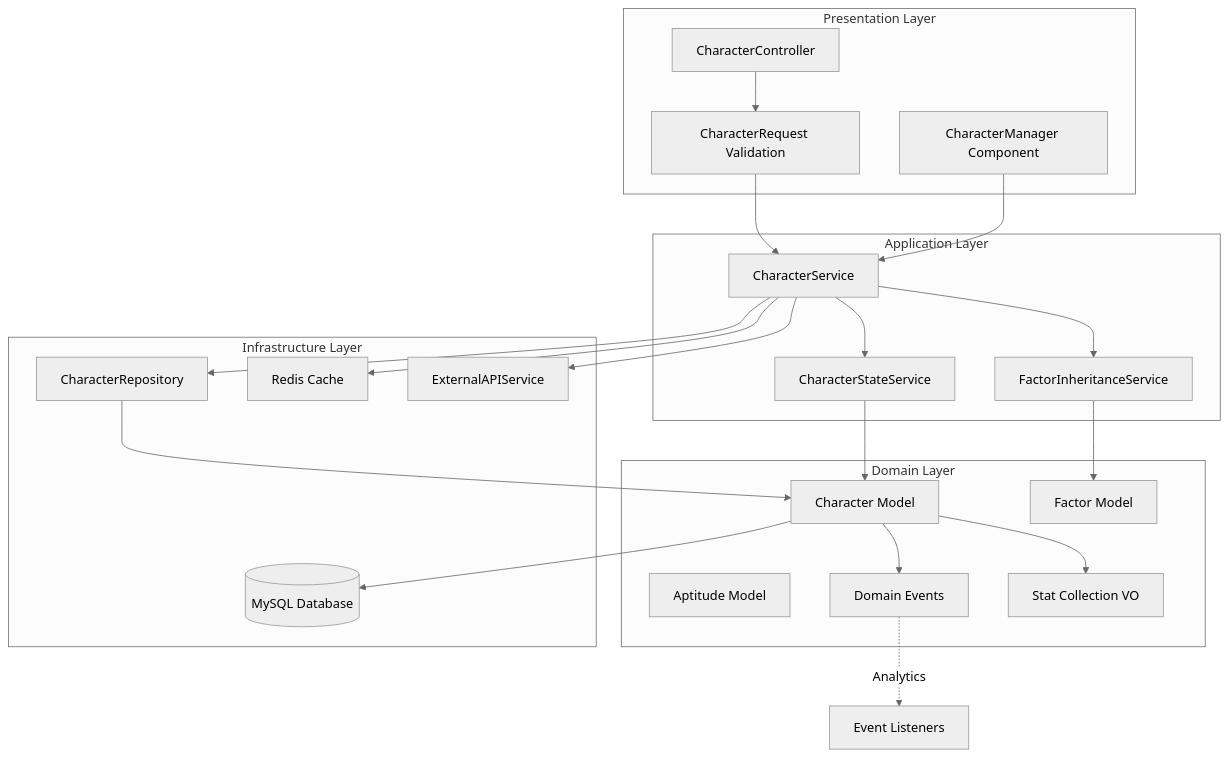
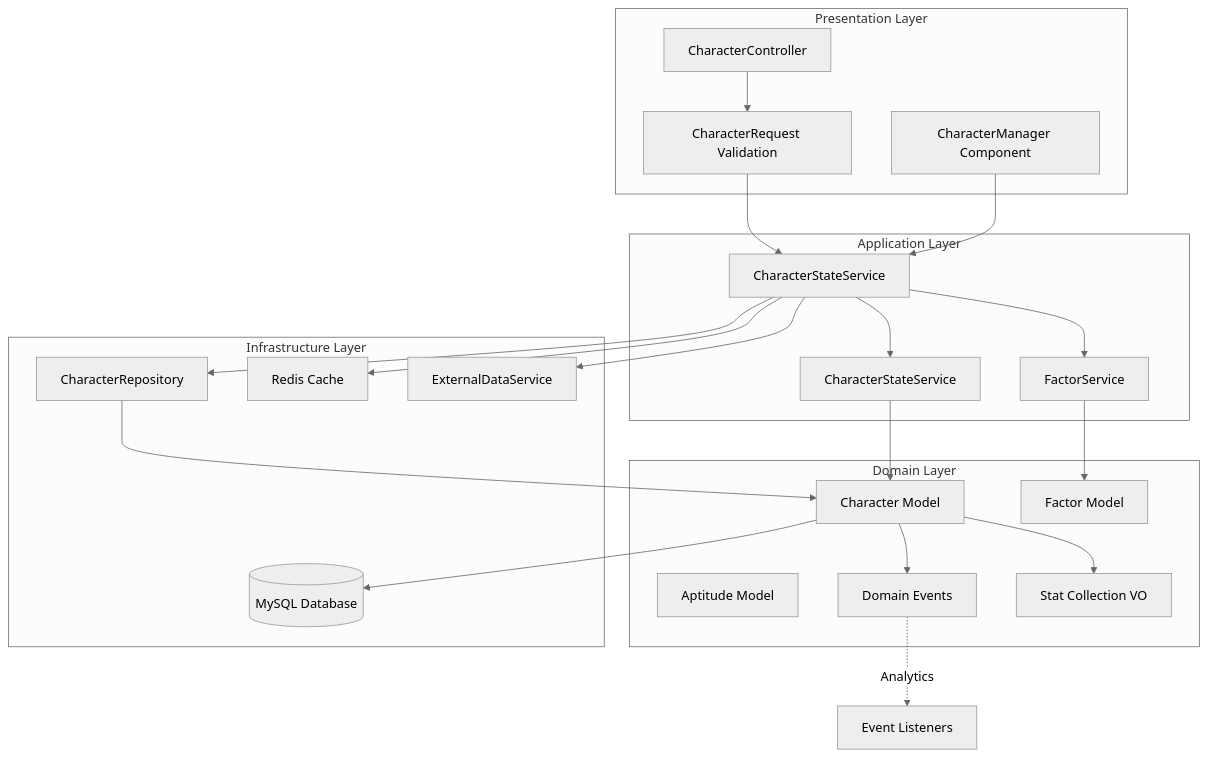
Before and after one commit to exatfrds67/umamusume-career-planner: the diagram in docs/02-specs/SPEC-001_Character_Management_Technical.md, drawn with Mermaid (neutral theme). The commit also changed other lines of this file and 111 other files, not shown here.

````diff
--- a/docs/02-specs/SPEC-001_Character_Management_Technical.md
+++ b/docs/02-specs/SPEC-001_Character_Management_Technical.md
@@ -122,50 +122,50 @@
 ```mermaid
 graph TB
     subgraph "Presentation Layer"
         API[CharacterController]
         Livewire[CharacterManager Component]
         FormRequest[CharacterRequest Validation]
     end
 
     subgraph "Application Layer"
-        CharService[CharacterService]
+        CharService[CharacterStateService]
         StateService[CharacterStateService]
-        FactorService[FactorInheritanceService]
+        FactorService[FactorService]
     end
 
     subgraph "Domain Layer"
         Model[Character Model]
         Aptitude[Aptitude Model]
         Factor[Factor Model]
         Events[Domain Events]
         ValueObjects[Stat Collection VO]
     end
 
     subgraph "Infrastructure Layer"
         Repository[CharacterRepository]
         Cache[Redis Cache]
         DB[(MySQL Database)]
-        External[ExternalAPIService]
+        External[ExternalDataService]
     end
 
     API --> FormRequest
     FormRequest --> CharService
     Livewire --> CharService
     
     CharService --> StateService
     CharService --> FactorService
     CharService --> Repository
     
     StateService --> Model
     FactorService --> Factor
     Repository --> Model
     
     Model --> DB
     Model --> Events
     Model --> ValueObjects
     
     CharService --> Cache
     CharService --> External
     
     Events -.->|Analytics| EventListeners[Event Listeners]
 ```
````
